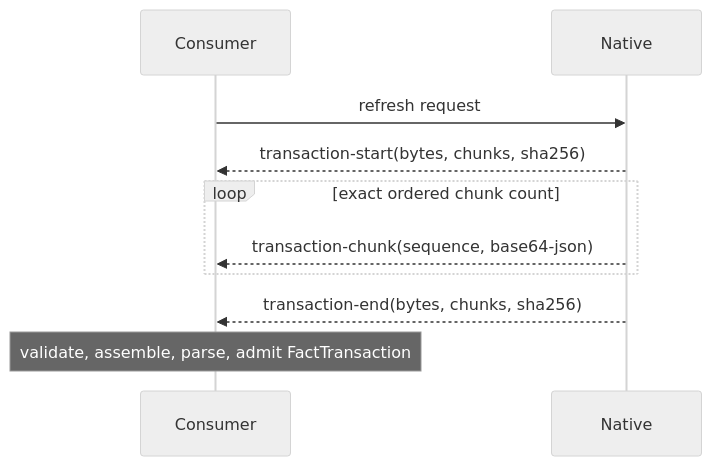
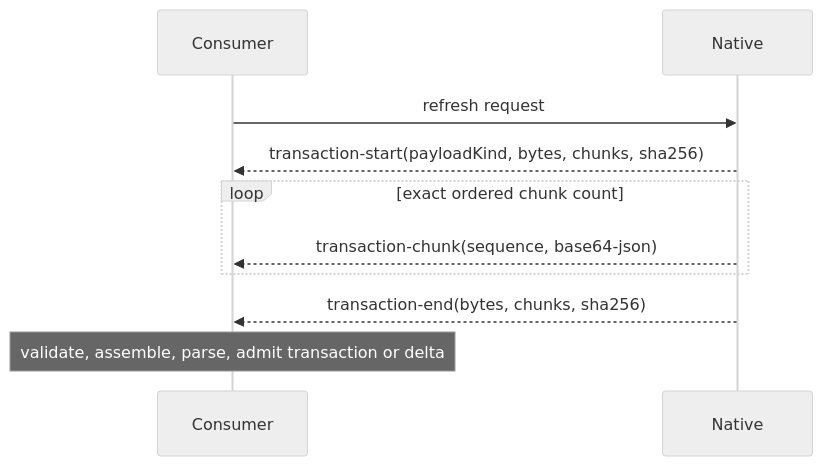
One commit to astrale-os/exp-codegraph changed the diagram in analysis/protocol/.spec/architecture.md. Above: the diagram before and after it, drawn with Mermaid (neutral theme). The commit also changed other lines of this file and 19 other files, not shown here.

````diff
--- a/analysis/protocol/.spec/architecture.md
+++ b/analysis/protocol/.spec/architecture.md
@@ -11,12 +13,12 @@
 ```mermaid
 sequenceDiagram
   participant Consumer
   participant Native
   Consumer->>Native: refresh request
-  Native-->>Consumer: transaction-start(bytes, chunks, sha256)
+  Native-->>Consumer: transaction-start(payloadKind, bytes, chunks, sha256)
   loop exact ordered chunk count
     Native-->>Consumer: transaction-chunk(sequence, base64-json)
   end
   Native-->>Consumer: transaction-end(bytes, chunks, sha256)
-  Note over Consumer: validate, assemble, parse, admit FactTransaction
+  Note over Consumer: validate, assemble, parse, admit transaction or delta
 ```
````
